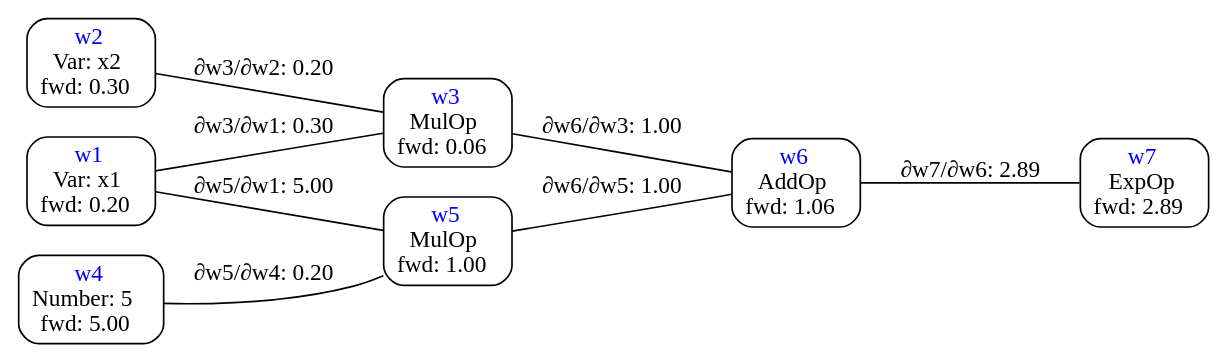
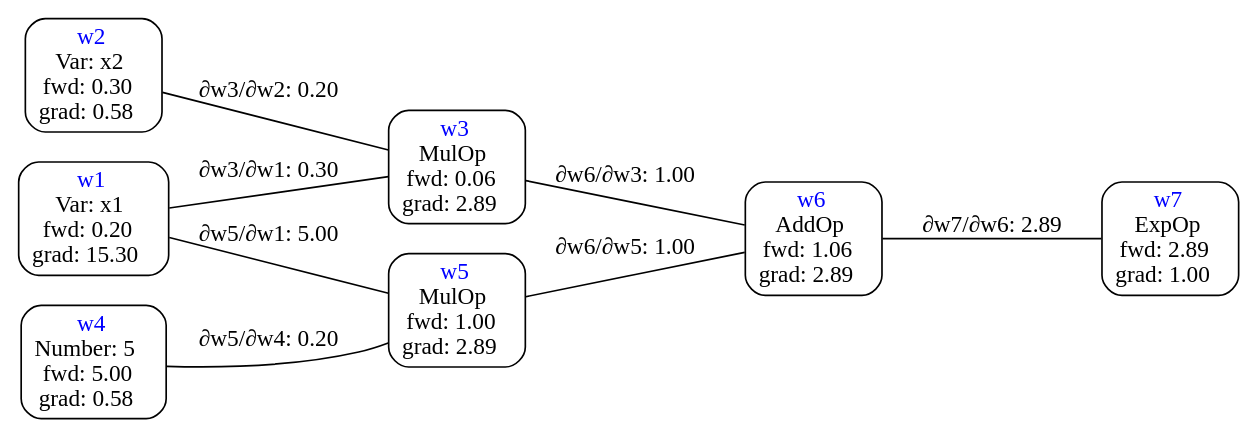
One commit to mrandri19/automatic-differentiantion changed the diagram in Graph.gv. Above: the diagram before and after it, drawn with Graphviz. The commit also changed 2 other files, not shown here.

```diff
--- a/Graph.gv
+++ b/Graph.gv
@@ -1,23 +1,23 @@
 graph {
 	graph [rankdir=RL]
 	graph [fontname="Roboto Mono"]
 	node [fontname="Roboto Mono"]
 	node [style=rounded]
 	node [shape=box]
 	edge [fontname="Roboto Mono"]
-	w7 [label=<<font color="blue">w7</font><br/>ExpOp<br/>fwd: 2.89<br/>>]
+	w7 [label=<<font color="blue">w7</font><br/>ExpOp<br/>fwd: 2.89<br/>grad: 1.00>]
 	w7 -- w6 [label="∂w7/∂w6: 2.89"]
-	w6 [label=<<font color="blue">w6</font><br/>AddOp<br/>fwd: 1.06<br/>>]
+	w6 [label=<<font color="blue">w6</font><br/>AddOp<br/>fwd: 1.06<br/>grad: 2.89>]
 	w6 -- w3 [label=<∂w6/∂w3: 1.00>]
 	w6 -- w5 [label=<∂w6/∂w5: 1.00>]
-	w5 [label=<<font color="blue">w5</font><br/>MulOp<br/>fwd: 1.00<br/>>]
+	w5 [label=<<font color="blue">w5</font><br/>MulOp<br/>fwd: 1.00<br/>grad: 2.89>]
 	w5 -- w4 [label=<∂w5/∂w4: 0.20>]
 	w5 -- w1 [label=<∂w5/∂w1: 5.00>]
-	w1 [label=<<font color="blue">w1</font><br/>Var: x1<br/>fwd: 0.20<br/>>]
-	w4 [label=<<font color="blue">w4</font><br/>Number: 5<br/>fwd: 5.00<br/>>]
-	w3 [label=<<font color="blue">w3</font><br/>MulOp<br/>fwd: 0.06<br/>>]
+	w1 [label=<<font color="blue">w1</font><br/>Var: x1<br/>fwd: 0.20<br/>grad: 15.30>]
+	w4 [label=<<font color="blue">w4</font><br/>Number: 5<br/>fwd: 5.00<br/>grad: 0.58>]
+	w3 [label=<<font color="blue">w3</font><br/>MulOp<br/>fwd: 0.06<br/>grad: 2.89>]
 	w3 -- w1 [label=<∂w3/∂w1: 0.30>]
 	w3 -- w2 [label=<∂w3/∂w2: 0.20>]
-	w2 [label=<<font color="blue">w2</font><br/>Var: x2<br/>fwd: 0.30<br/>>]
-	w1 [label=<<font color="blue">w1</font><br/>Var: x1<br/>fwd: 0.20<br/>>]
+	w2 [label=<<font color="blue">w2</font><br/>Var: x2<br/>fwd: 0.30<br/>grad: 0.58>]
+	w1 [label=<<font color="blue">w1</font><br/>Var: x1<br/>fwd: 0.20<br/>grad: 15.30>]
 }
```
